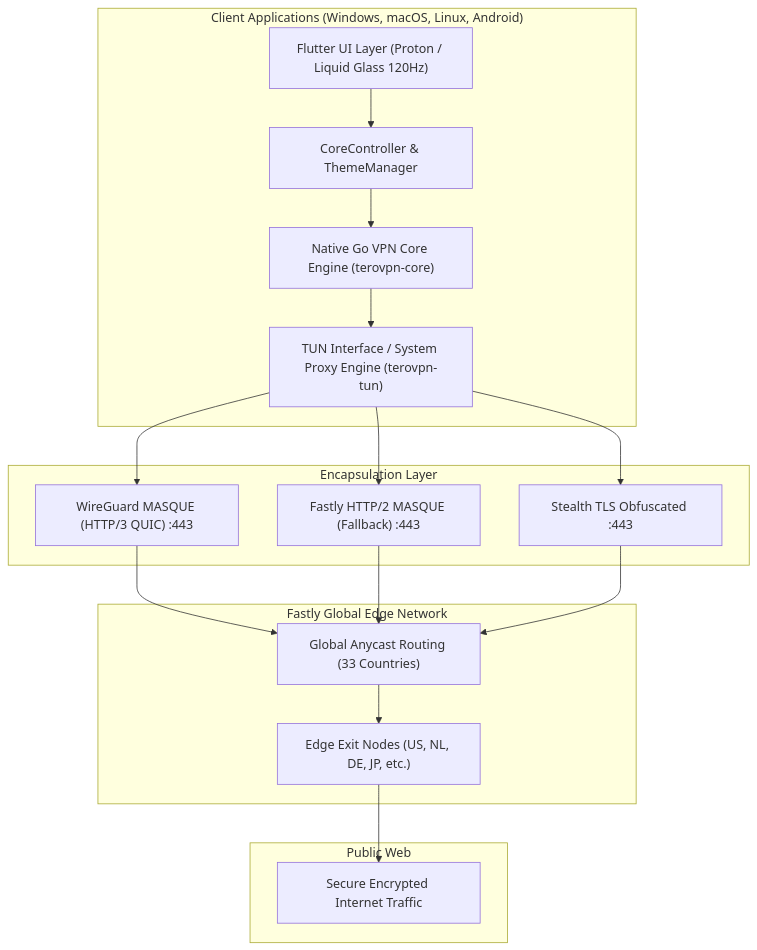
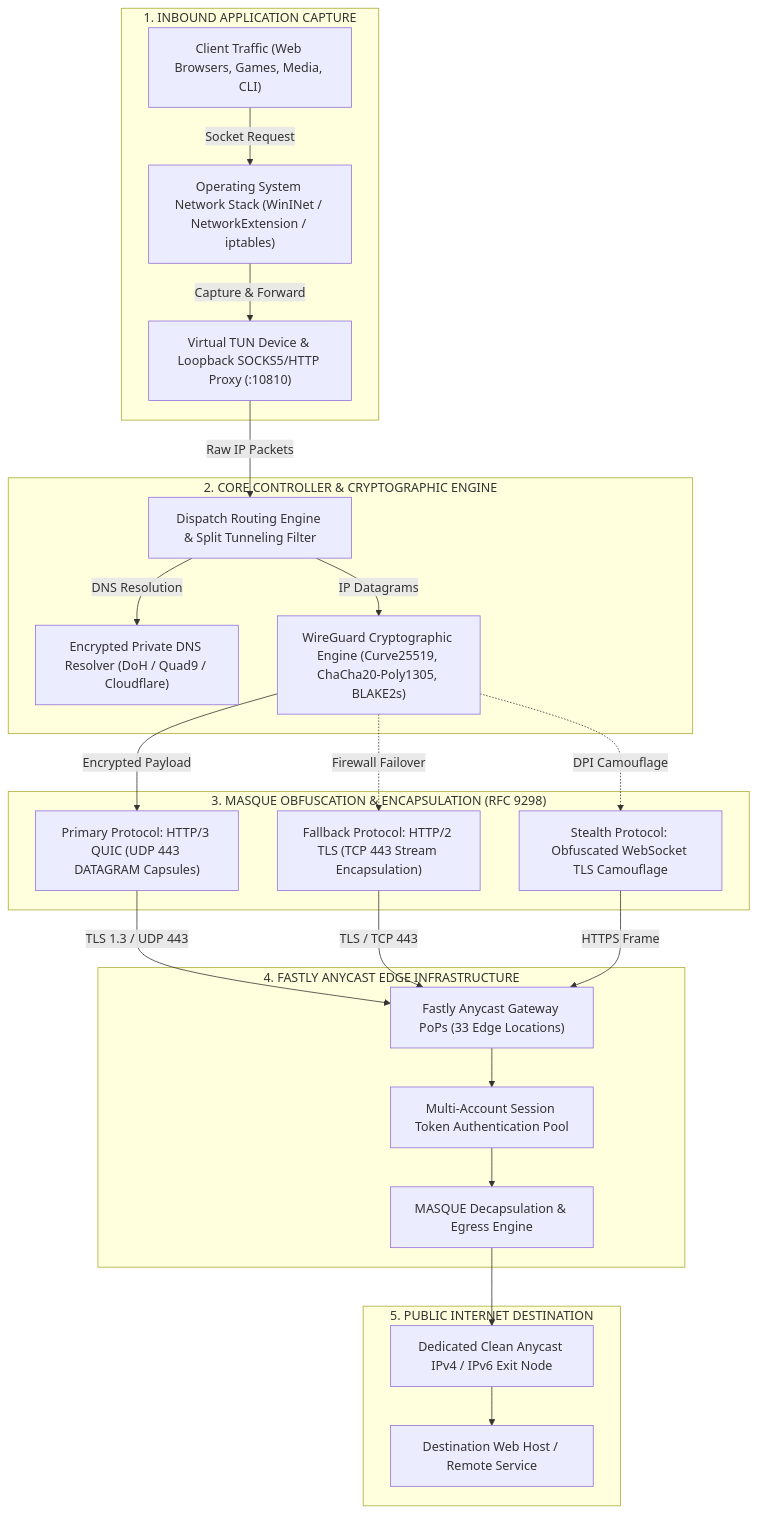
One commit to smartworldarafath/TeroVPN changed the first of 2 diagrams in README.md. Above: the diagram before and after it, drawn with Mermaid. The commit also changed other lines of this file and 6 other files, not shown here.

Commit message:
docs: professional redesign of README without emojis, corporate typography, clean icons showcase, platform marks table, and deep technical VPN mechanism architecture

````diff
--- a/README.md
+++ b/README.md
@@ -167,36 +127,47 @@
 ```mermaid
 flowchart TD
-    subgraph Client["Client Applications (Windows, macOS, Linux, Android)"]
-        UI["Flutter UI Layer (Proton / Liquid Glass 120Hz)"]
-        Controller["CoreController & ThemeManager"]
-        GoCore["Native Go VPN Core Engine (terovpn-core)"]
-        Tun["TUN Interface / System Proxy Engine (terovpn-tun)"]
+    subgraph Layer1["1. INBOUND APPLICATION CAPTURE"]
+        Apps["Client Traffic (Web Browsers, Games, Media, CLI)"]
+        SysNetwork["Operating System Network Stack (WinINet / NetworkExtension / iptables)"]
+        TunEngine["Virtual TUN Device & Loopback SOCKS5/HTTP Proxy (:10810)"]
     end
 
-    subgraph Transport["Encapsulation Layer"]
-        H3["WireGuard MASQUE (HTTP/3 QUIC) :443"]
-        H2["Fastly HTTP/2 MASQUE (Fallback) :443"]
-        Stealth["Stealth TLS Obfuscated :443"]
+    subgraph Layer2["2. CORE CONTROLLER & CRYPTOGRAPHIC ENGINE"]
+        Router["Dispatch Routing Engine & Split Tunneling Filter"]
+        PrivateDns["Encrypted Private DNS Resolver (DoH / Quad9 / Cloudflare)"]
+        WireGuard["WireGuard Cryptographic Engine (Curve25519, ChaCha20-Poly1305, BLAKE2s)"]
     end
 
-    subgraph Edge["Fastly Global Edge Network"]
-        Anycast["Global Anycast Routing (33 Countries)"]
-        ExitNodes["Edge Exit Nodes (US, NL, DE, JP, etc.)"]
+    subgraph Layer3["3. MASQUE OBFUSCATION & ENCAPSULATION (RFC 9298)"]
+        H3Quic["Primary Protocol: HTTP/3 QUIC (UDP 443 DATAGRAM Capsules)"]
+        H2Tls["Fallback Protocol: HTTP/2 TLS (TCP 443 Stream Encapsulation)"]
+        Stealth["Stealth Protocol: Obfuscated WebSocket TLS Camouflage"]
     end
 
-    subgraph Internet["Public Web"]
-        Web["Secure Encrypted Internet Traffic"]
+    subgraph Layer4["4. FASTLY ANYCAST EDGE INFRASTRUCTURE"]
+        AnycastPoP["Fastly Anycast Gateway PoPs (33 Edge Locations)"]
+        TokenAuth["Multi-Account Session Token Authentication Pool"]
+        Decapsulator["MASQUE Decapsulation & Egress Engine"]
     end
 
-    UI --> Controller
-    Controller --> GoCore
-    GoCore --> Tun
-    Tun --> H3
-    Tun --> H2
-    Tun --> Stealth
-    H3 --> Anycast
-    H2 --> Anycast
-    Stealth --> Anycast
-    Anycast --> ExitNodes
-    ExitNodes --> Web
+    subgraph Layer5["5. PUBLIC INTERNET DESTINATION"]
+        EgressIp["Dedicated Clean Anycast IPv4 / IPv6 Exit Node"]
+        TargetWeb["Destination Web Host / Remote Service"]
+    end
+
+    Apps -->|Socket Request| SysNetwork
+    SysNetwork -->|Capture & Forward| TunEngine
+    TunEngine -->|Raw IP Packets| Router
+    Router -->|DNS Resolution| PrivateDns
+    Router -->|IP Datagrams| WireGuard
+    WireGuard -->|Encrypted Payload| H3Quic
+    WireGuard -.->|Firewall Failover| H2Tls
+    WireGuard -.->|DPI Camouflage| Stealth
+    H3Quic -->|TLS 1.3 / UDP 443| AnycastPoP
+    H2Tls -->|TLS / TCP 443| AnycastPoP
+    Stealth -->|HTTPS Frame| AnycastPoP
+    AnycastPoP --> TokenAuth
+    TokenAuth --> Decapsulator
+    Decapsulator --> EgressIp
+    EgressIp --> TargetWeb
 ```
````
